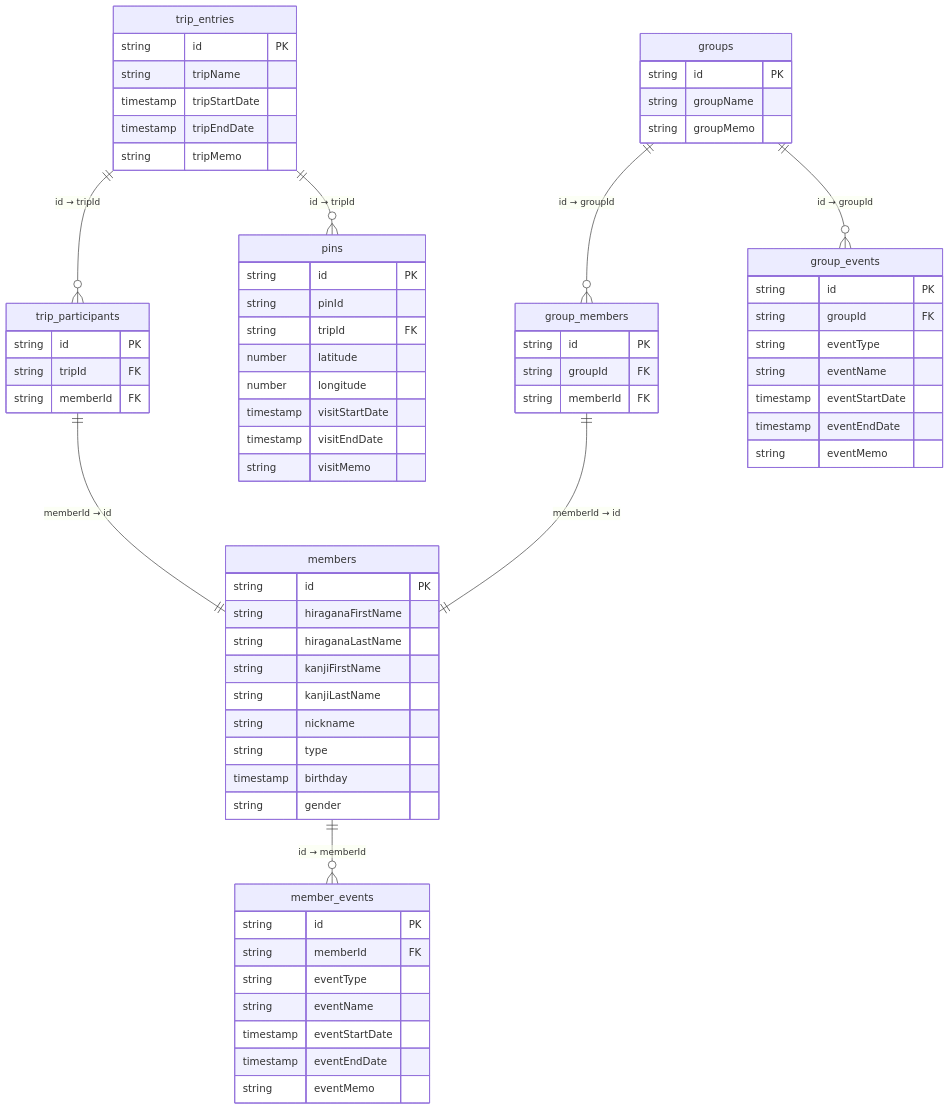
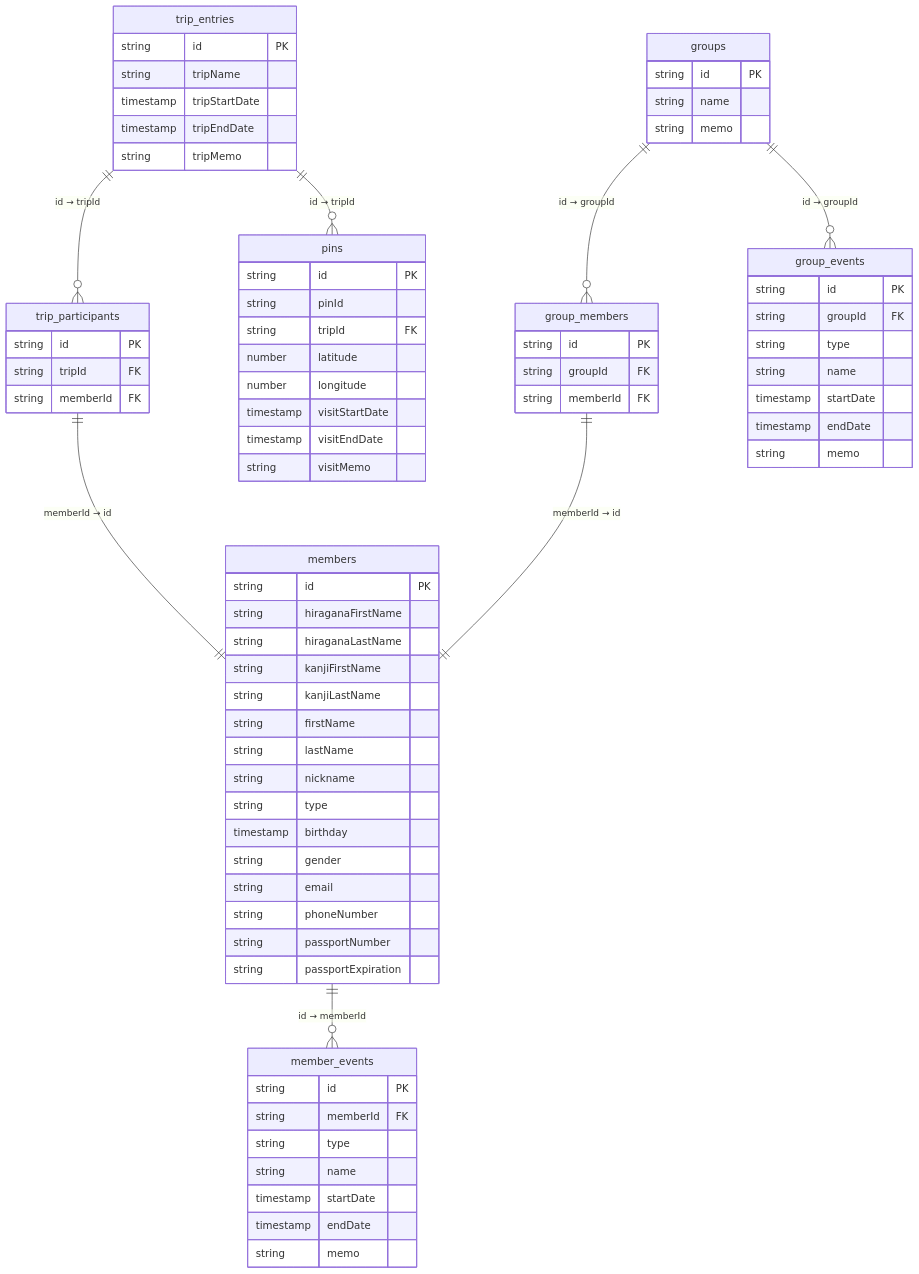
The diagram in doc/er_diagram.md (taka-016/memora), drawn with Mermaid before and after one commit. The commit also changed 6 other files, not shown here.

````diff
--- a/doc/er_diagram.md
+++ b/doc/er_diagram.md
@@ -3,72 +3,78 @@
 ```mermaid
 erDiagram
     trip_entries {
         string id PK
         string tripName
         timestamp tripStartDate
         timestamp tripEndDate
         string tripMemo
     }
     trip_participants {
         string id PK
         string tripId FK
         string memberId FK
     }
     pins {
         string id PK
         string pinId
         string tripId FK
         number latitude
         number longitude
         timestamp visitStartDate
         timestamp visitEndDate
         string visitMemo
     }
     groups {
         string id PK
-        string groupName
-        string groupMemo
+        string name
+        string memo
     }
     group_members {
         string id PK
         string groupId FK
         string memberId FK
     }
     group_events {
         string id PK
         string groupId FK
-        string eventType
-        string eventName
-        timestamp eventStartDate
-        timestamp eventEndDate
-        string eventMemo
+        string type
+        string name
+        timestamp startDate
+        timestamp endDate
+        string memo
     }
     members {
         string id PK
         string hiraganaFirstName
         string hiraganaLastName
         string kanjiFirstName
         string kanjiLastName
+        string firstName
+        string lastName
         string nickname
         string type
         timestamp birthday
         string gender
+        string email
+        string phoneNumber
+        string passportNumber
+        string passportExpiration
     }
     member_events {
         string id PK
         string memberId FK
-        string eventType
-        string eventName
-        timestamp eventStartDate
-        timestamp eventEndDate
-        string eventMemo
+        string type
+        string name
+        timestamp startDate
+        timestamp endDate
+        string memo
     }
 
     trip_entries ||--o{ trip_participants : "id → tripId"
     trip_participants ||--|| members : "memberId → id"
     members ||--o{ member_events : "id → memberId"
     trip_entries ||--o{ pins : "id → tripId"
     groups ||--o{ group_members : "id → groupId"
     group_members ||--|| members : "memberId → id"
     groups ||--o{ group_events : "id → groupId"
 ```
````
